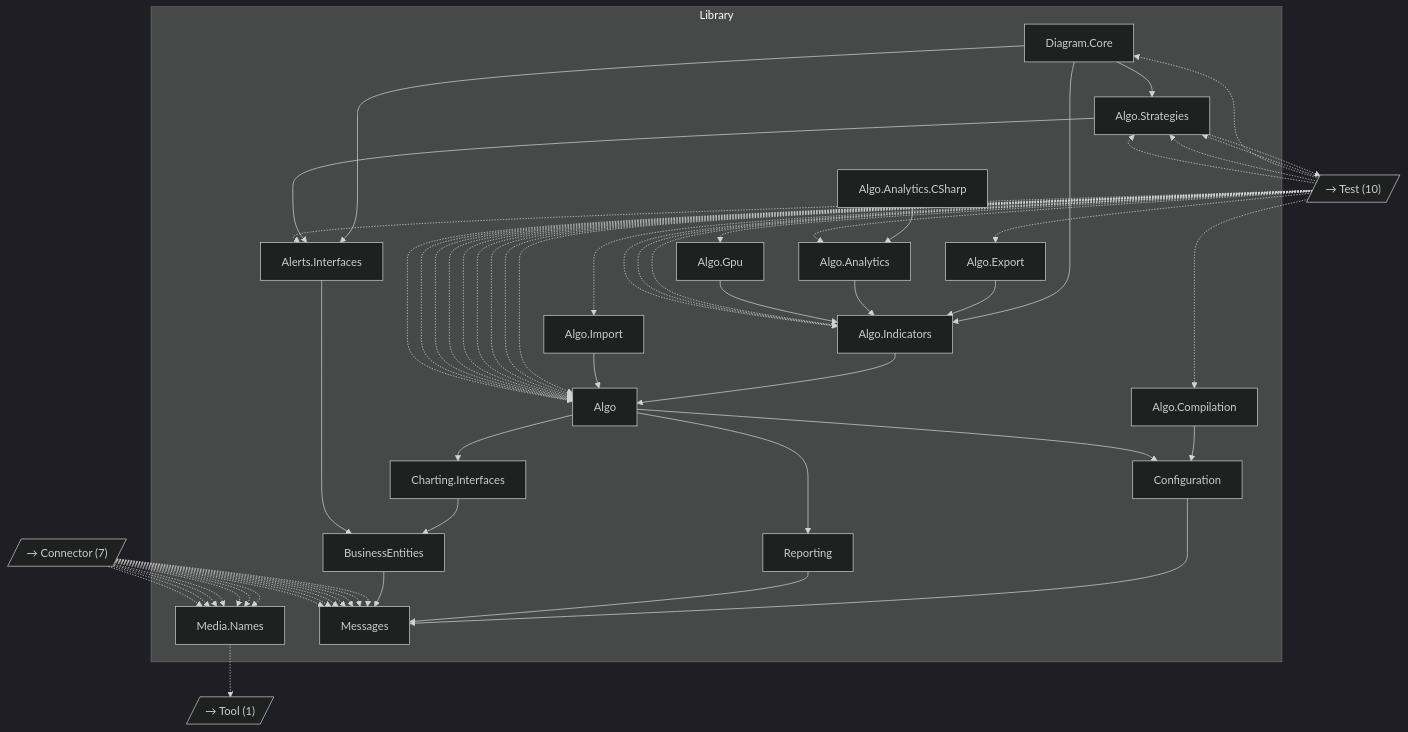
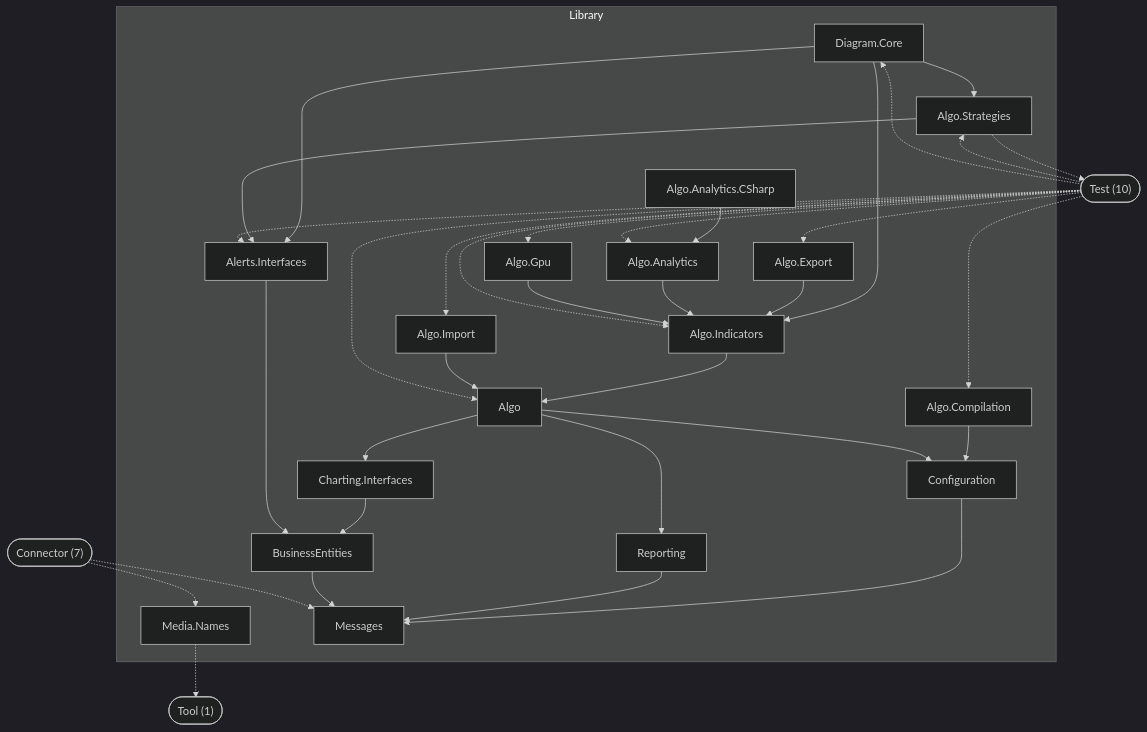
The diagram in output-stocksharp/diagrams/category-library.mmd (GanizaniSitara/tools-static-analysis), drawn with Mermaid (dark theme) before and after one commit. The commit also changed 37 other files, not shown here.

First line of the commit message:
Fix Mermaid syntax error and add zoom controls to viewer

```diff
--- a/output-stocksharp/diagrams/category-library.mmd
+++ b/output-stocksharp/diagrams/category-library.mmd
@@ -1,80 +1,56 @@
 graph TD
     subgraph library["Library"]
         StockSharp_Media_Names["Media.Names"]
         StockSharp_Configuration["Configuration"]
         StockSharp_Charting_Interfaces["Charting.Interfaces"]
         StockSharp_Algo_Indicators["Algo.Indicators"]
         StockSharp_Diagram_Core["Diagram.Core"]
         StockSharp_Reporting["Reporting"]
         StockSharp_Algo_Import["Algo.Import"]
         StockSharp_Algo_Analytics_CSharp["Algo.Analytics.CSharp"]
         StockSharp_BusinessEntities["BusinessEntities"]
         StockSharp_Messages["Messages"]
         StockSharp_Algo_Strategies["Algo.Strategies"]
         StockSharp_Algo_Export["Algo.Export"]
         StockSharp_Alerts_Interfaces["Alerts.Interfaces"]
         StockSharp_Algo_Analytics["Algo.Analytics"]
         StockSharp_Algo_Compilation["Algo.Compilation"]
         StockSharp_Algo_Gpu["Algo.Gpu"]
         StockSharp_Algo["Algo"]
     end
-    ext_test[/"→ Test (10)"/]
-    ext_tool[/"→ Tool (1)"/]
-    ext_connector[/"→ Connector (7)"/]
+    ext_test(["Test (10)"])
+    ext_tool(["Tool (1)"])
+    ext_connector(["Connector (7)"])
     StockSharp_Configuration --> StockSharp_Messages
     StockSharp_Charting_Interfaces --> StockSharp_BusinessEntities
     StockSharp_Algo_Indicators --> StockSharp_Algo
     StockSharp_Diagram_Core --> StockSharp_Alerts_Interfaces
     StockSharp_Diagram_Core --> StockSharp_Algo_Strategies
     StockSharp_Diagram_Core --> StockSharp_Algo_Indicators
     StockSharp_Reporting --> StockSharp_Messages
     StockSharp_Algo_Import --> StockSharp_Algo
     StockSharp_Algo_Analytics_CSharp --> StockSharp_Algo_Analytics
     StockSharp_BusinessEntities --> StockSharp_Messages
     StockSharp_Algo_Strategies --> StockSharp_Alerts_Interfaces
     StockSharp_Algo_Export --> StockSharp_Algo_Indicators
     StockSharp_Alerts_Interfaces --> StockSharp_BusinessEntities
     StockSharp_Algo_Analytics --> StockSharp_Algo_Indicators
     StockSharp_Algo_Compilation --> StockSharp_Configuration
     StockSharp_Algo_Gpu --> StockSharp_Algo_Indicators
     StockSharp_Algo --> StockSharp_Reporting
     StockSharp_Algo --> StockSharp_Charting_Interfaces
     StockSharp_Algo --> StockSharp_Configuration
     ext_test -.-> StockSharp_Algo
     StockSharp_Media_Names -.-> ext_tool
     ext_test -.-> StockSharp_Algo_Analytics
     ext_test -.-> StockSharp_Algo_Compilation
     ext_test -.-> StockSharp_Algo_Export
     ext_test -.-> StockSharp_Algo_Import
     ext_test -.-> StockSharp_Algo_Gpu
     ext_test -.-> StockSharp_Algo_Indicators
     ext_test -.-> StockSharp_Algo_Strategies
     ext_test -.-> StockSharp_Diagram_Core
     ext_test -.-> StockSharp_Alerts_Interfaces
     StockSharp_Algo_Strategies -.-> ext_test
-    ext_test -.-> StockSharp_Algo
-    ext_test -.-> StockSharp_Algo_Indicators
-    ext_test -.-> StockSharp_Algo_Strategies
-    ext_test -.-> StockSharp_Algo
-    ext_test -.-> StockSharp_Algo_Indicators
-    ext_test -.-> StockSharp_Algo_Strategies
-    ext_test -.-> StockSharp_Algo
-    ext_test -.-> StockSharp_Algo
-    ext_test -.-> StockSharp_Algo
-    ext_test -.-> StockSharp_Algo
-    ext_test -.-> StockSharp_Algo
-    ext_test -.-> StockSharp_Algo
     ext_connector -.-> StockSharp_Messages
     ext_connector -.-> StockSharp_Media_Names
-    ext_connector -.-> StockSharp_Messages
-    ext_connector -.-> StockSharp_Media_Names
-    ext_connector -.-> StockSharp_Messages
-    ext_connector -.-> StockSharp_Media_Names
-    ext_connector -.-> StockSharp_Messages
-    ext_connector -.-> StockSharp_Media_Names
-    ext_connector -.-> StockSharp_Messages
-    ext_connector -.-> StockSharp_Media_Names
-    ext_connector -.-> StockSharp_Messages
-    ext_connector -.-> StockSharp_Media_Names
-    ext_connector -.-> StockSharp_Messages
-    ext_connector -.-> StockSharp_Media_Names
```
